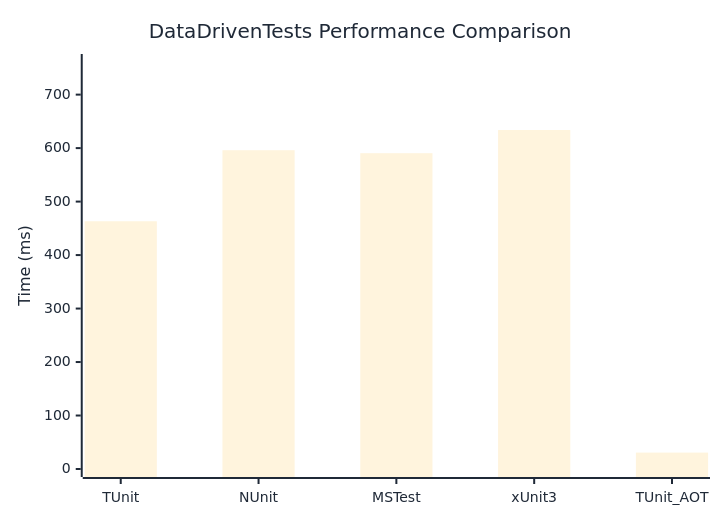
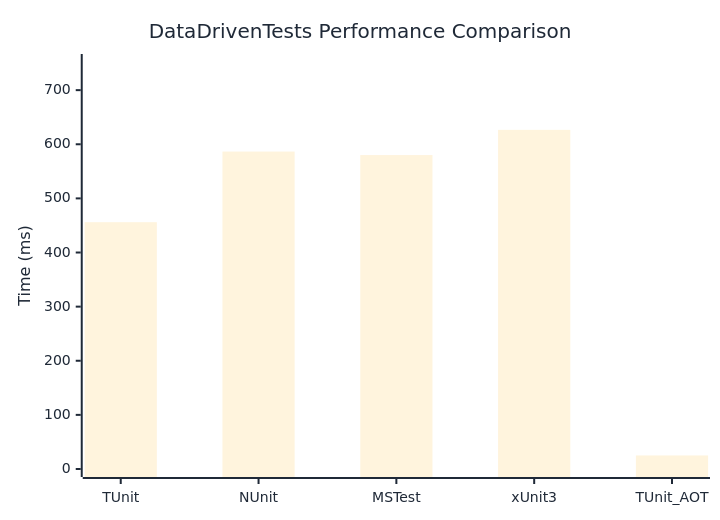
One commit to weiyilai/TUnit changed the diagram in docs/docs/benchmarks/DataDrivenTests.md. Above: the diagram before and after it, drawn with Mermaid. The commit also changed other lines of this file and 17 other files, not shown here.

````diff
--- a/docs/docs/benchmarks/DataDrivenTests.md
+++ b/docs/docs/benchmarks/DataDrivenTests.md
@@ -27,37 +27,37 @@
 ```mermaid
 %%{init: {
   'theme':'base',
   'themeVariables': {
     'primaryColor': '#2563eb',
     'primaryTextColor': '#1f2937',
     'primaryBorderColor': '#1e40af',
     'lineColor': '#6b7280',
     'secondaryColor': '#7c3aed',
     'tertiaryColor': '#dc2626',
     'background': '#ffffff',
     'mainBkg': '#2563eb',
     'secondBkg': '#7c3aed',
     'tertiaryBkg': '#dc2626',
     'clusterBkg': '#f3f4f6',
     'edgeLabelBackground': '#ffffff',
     'tertiaryTextColor': '#1f2937',
     'pie1': '#2563eb',
     'pie2': '#7c3aed',
     'pie3': '#dc2626',
     'pie4': '#f59e0b',
     'pie5': '#10b981',
     'pie6': '#06b6d4',
     'pie7': '#ec4899',
     'pie8': '#6366f1',
     'pie9': '#84cc16',
     'pie10': '#f97316',
     'pie11': '#14b8a6',
     'pie12': '#a855f7'
   }
 }}%%
 xychart-beta
   title "DataDrivenTests Performance Comparison"
   x-axis ["TUnit", "NUnit", "MSTest", "xUnit3", "TUnit_AOT"]
-  y-axis "Time (ms)" 0 --> 761
-  bar [463.22, 596.03, 590.5, 633.83, 30.66]
+  y-axis "Time (ms)" 0 --> 752
+  bar [456.03, 586.53, 580.03, 626.62, 25.05]
 ```
````
